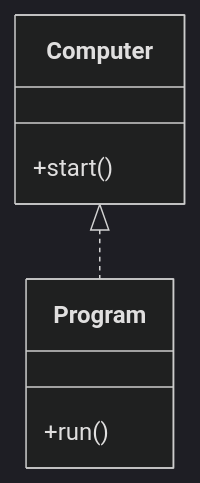
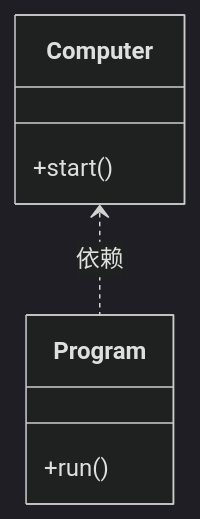
The first of 5 diagrams in README.md (LeslieKong/basiccoding), drawn with Mermaid (dark theme) before and after one commit. The commit also changed other lines of this file and 1 other file, not shown here.

````diff
--- a/README.md
+++ b/README.md
@@ -134,10 +152,10 @@
-  ```mermaid
-  classDiagram
-      Computer <|.. Program
-      class Program {
-          +run()
-      }
-      class Computer {
-          +start()
-      }
-  ```
+```mermaid
+classDiagram
+    Computer <.. Program : 依赖
+    class Program {
+        +run()
+    }
+    class Computer {
+        +start()
+    }
+```
````
